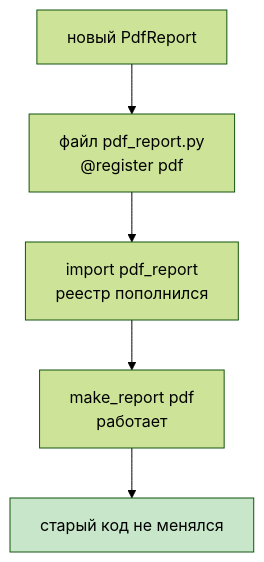
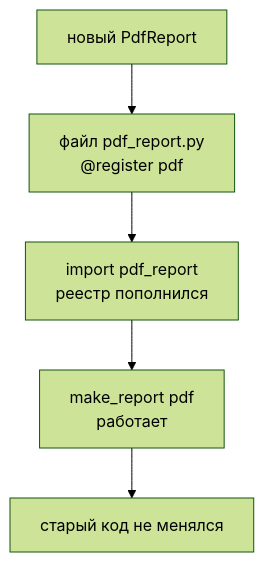
The second of 2 diagrams in 02_Курсы/01. Инженерные практики Python/01_Лекции/16. Проектирование - фабрики и реестры.md (JayStorm228/College), drawn with Mermaid (forest theme) before and after one commit. The commit also changed other lines of this file and 30 other files, not shown here.

First line of the commit message:
переименование NumPy лекций под академические заголовки + стандартные диаграммы

````diff
--- a/02_Курсы/01. Инженерные практики Python/01_Лекции/16. Проектирование - фабрики и реестры.md
+++ b/02_Курсы/01. Инженерные практики Python/01_Лекции/16. Проектирование - фабрики и реестры.md
@@ -126,8 +124,7 @@
 ```mermaid
 flowchart TD
   A[новый PdfReport] --> B[файл pdf_report.py<br>@register pdf]
   B --> C[import pdf_report<br>реестр пополнился]
   C --> D[make_report pdf<br>работает]
   D --> E[старый код не менялся]
-  style E fill:#c8e6c9
 ```
````
